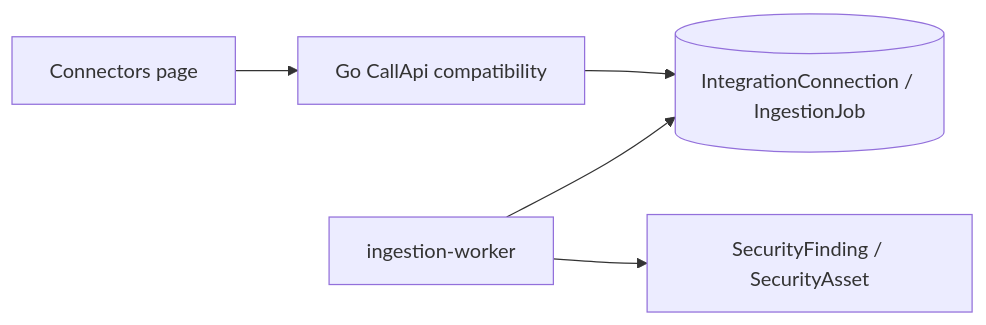
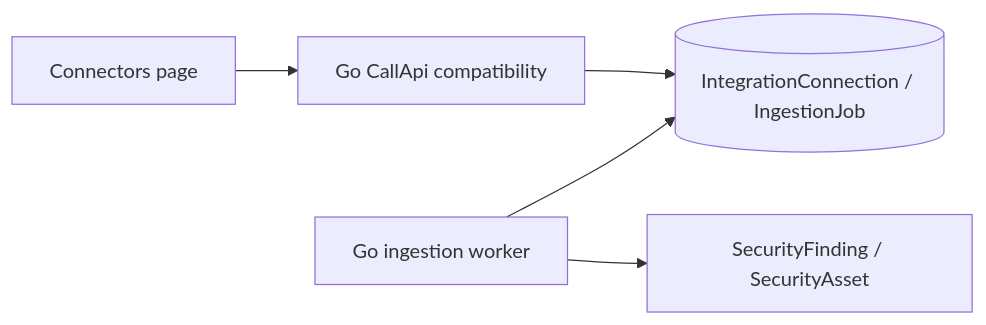
One commit to writer/Aperio changed the diagram in droid-wiki/features/connectors-and-integrations.md. Above: the diagram before and after it, drawn with Mermaid. The commit also changed other lines of this file and 30 other files, not shown here.

````diff
--- a/droid-wiki/features/connectors-and-integrations.md
+++ b/droid-wiki/features/connectors-and-integrations.md
@@ -17,7 +17,7 @@
 ```mermaid
 flowchart LR
   UI[Connectors page] --> API[Go CallApi compatibility]
   API --> DB[(IntegrationConnection / IngestionJob)]
-  Worker[ingestion-worker] --> DB
+  Worker[Go ingestion worker] --> DB
   Worker --> Findings[SecurityFinding / SecurityAsset]
 ```
````
